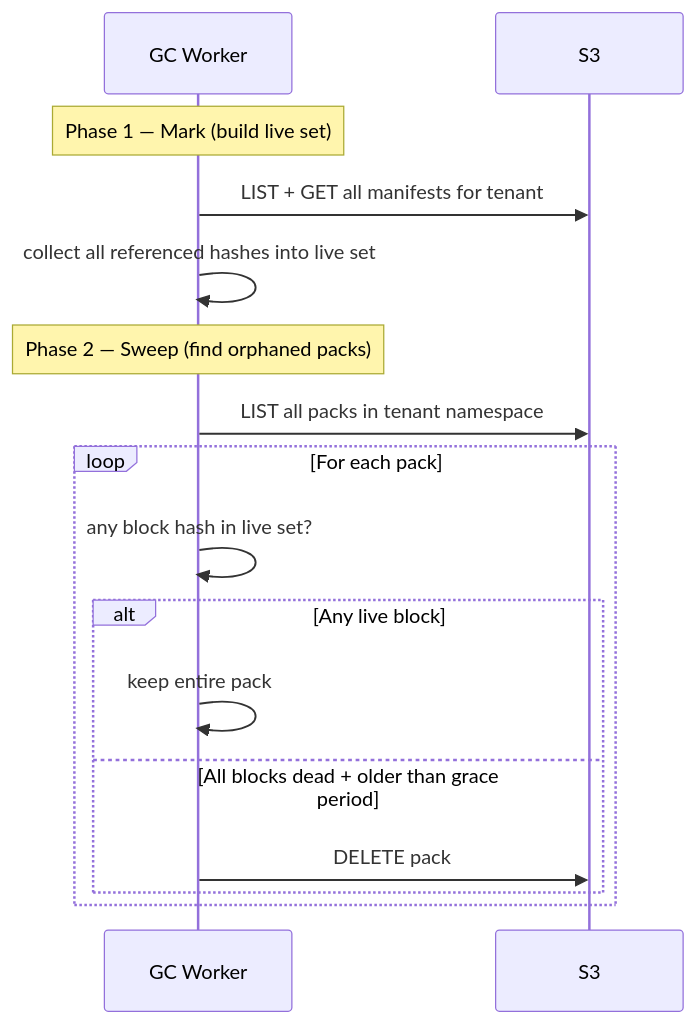
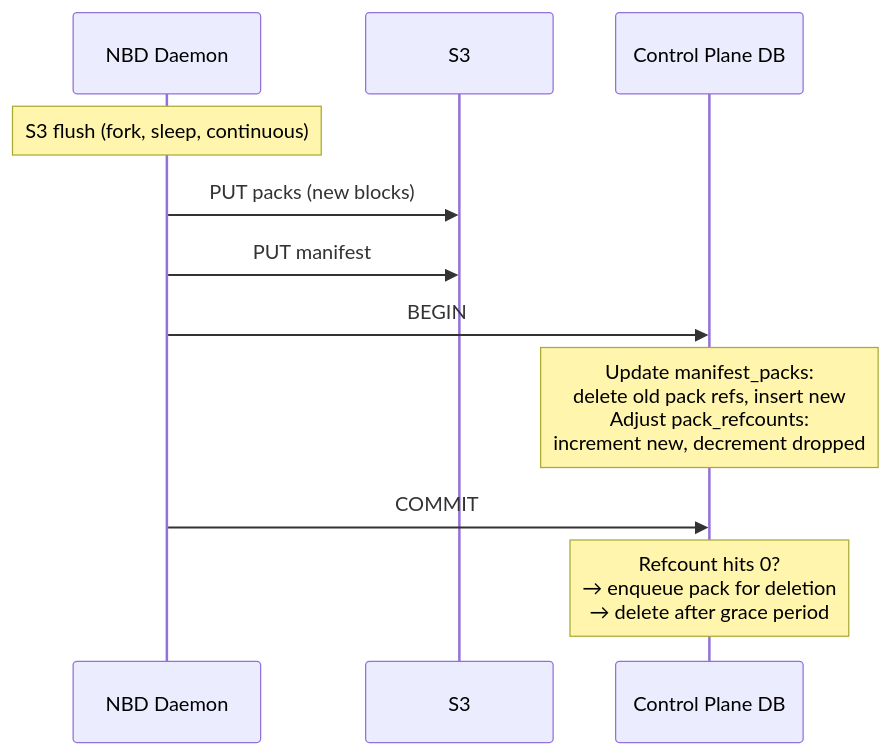
Diagram 13 of 13 in GLIDEv2.md (paraglidehq/glidefs), drawn with Mermaid before and after one commit. The commit also changed other lines of this file and 1 other file, not shown here.

````diff
--- a/GLIDEv2.md
+++ b/GLIDEv2.md
@@ -892,21 +940,16 @@
 ```mermaid
 sequenceDiagram
-    participant GC as GC Worker
+    participant D as NBD Daemon
     participant S3 as S3
+    participant DB as Control Plane DB
 
-    Note over GC: Phase 1 — Mark (build live set)
-    GC->>S3: LIST + GET all manifests for tenant
-    GC->>GC: collect all referenced hashes into live set
+    Note over D: S3 flush (fork, sleep, continuous)
+    D->>S3: PUT packs (new blocks)
+    D->>S3: PUT manifest
 
-    Note over GC: Phase 2 — Sweep (find orphaned packs)
-    GC->>S3: LIST all packs in tenant namespace
+    D->>DB: BEGIN
+    Note over DB: Update manifest_packs:<br/>delete old pack refs, insert new<br/>Adjust pack_refcounts:<br/>increment new, decrement dropped
+    D->>DB: COMMIT
 
-    loop For each pack
-        GC->>GC: any block hash in live set?
-        alt Any live block
-            GC->>GC: keep entire pack
-        else All blocks dead + older than grace period
-            GC->>S3: DELETE pack
-        end
-    end
+    Note over DB: Refcount hits 0?<br/>→ enqueue pack for deletion<br/>→ delete after grace period
 ```
````
